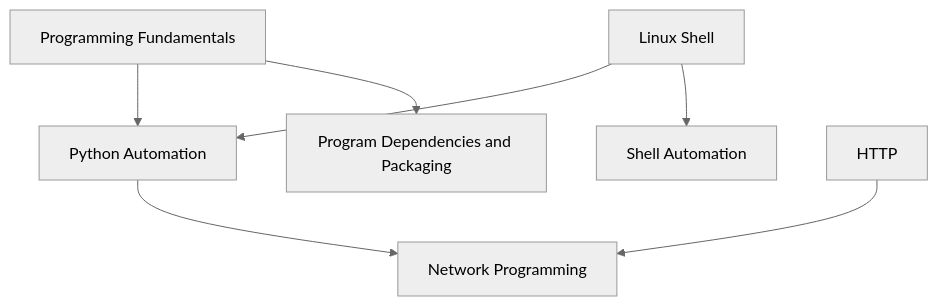
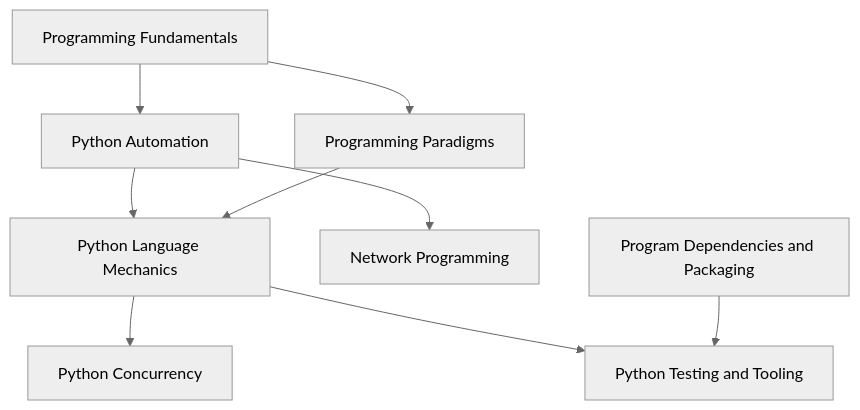
One commit to ro121/start-here changed the diagram in 05-programming/README.md. Above: the diagram before and after it, drawn with Mermaid (neutral theme). The commit also changed other lines of this file and 31 other files, not shown here.

Commit message:
Integrate six roadmap.sh references and fill curriculum gaps

````diff
--- a/05-programming/README.md
+++ b/05-programming/README.md
@@ -64,16 +102,19 @@
 ```mermaid
 flowchart TD
     n0["Python Automation"]
-    n1["Network Programming"]
-    n2["Programming Fundamentals"]
-    n3["Linux Shell"]
-    n4["Shell Automation"]
-    n5["Program Dependencies and Packaging"]
-    n6["HTTP"]
+    n1["Python Language Mechanics"]
+    n2["Programming Paradigms"]
+    n3["Network Programming"]
+    n4["Python Concurrency"]
+    n5["Python Testing and Tooling"]
+    n6["Program Dependencies and Packaging"]
+    n7["Programming Fundamentals"]
     n0 --> n1
-    n2 --> n0
-    n3 --> n0
-    n3 --> n4
-    n2 --> n5
-    n6 --> n1
+    n2 --> n1
+    n0 --> n3
+    n1 --> n4
+    n1 --> n5
+    n6 --> n5
+    n7 --> n0
+    n7 --> n2
 ```
````
